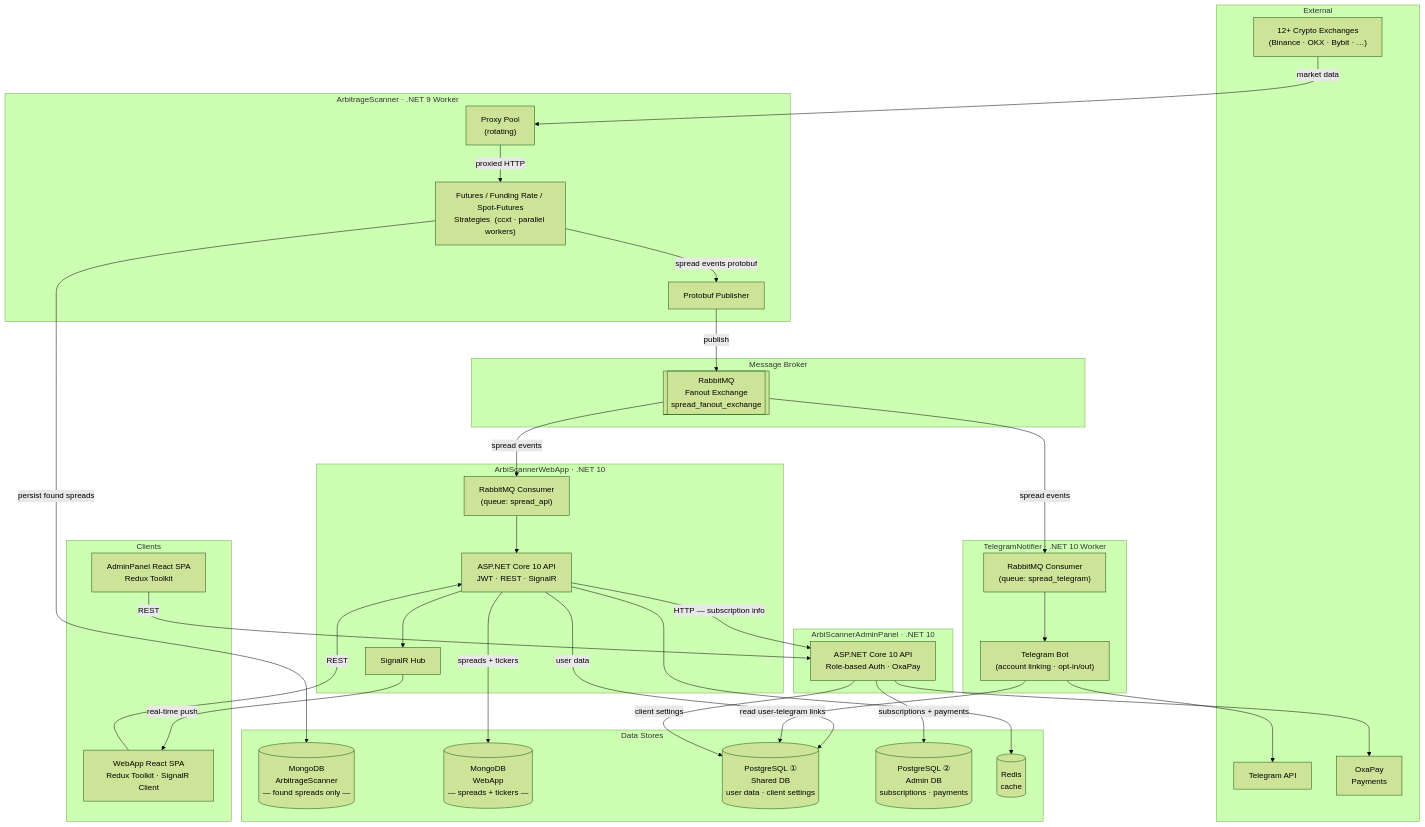
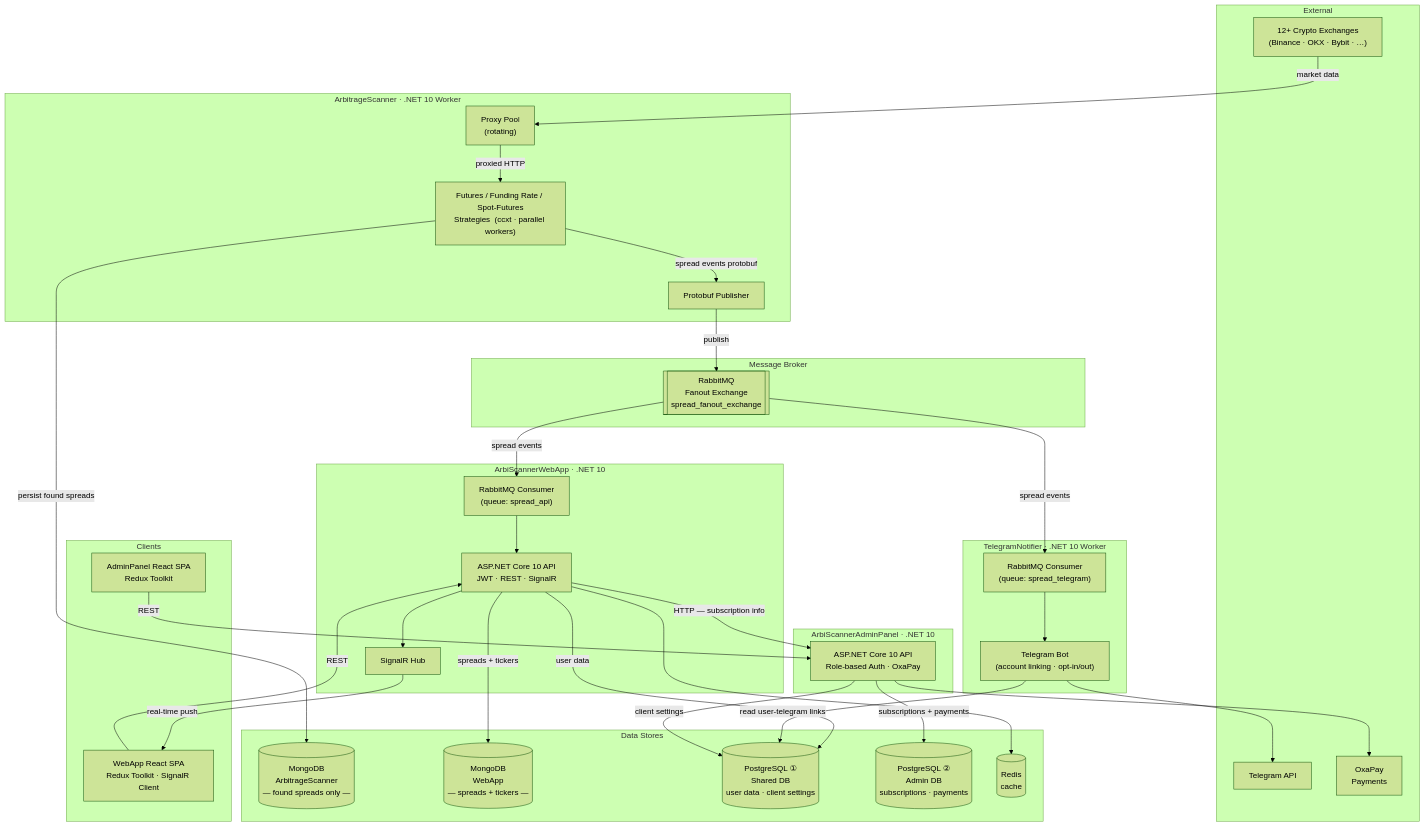
The diagram in README.md (dimasdom/SpreadScanner), drawn with Mermaid (forest theme) before and after one commit. The commit also changed other lines of this file and 1 other file, not shown here.

First line of the commit message:
Bump ArbitrageScanner submodule to .NET 10

````diff
--- a/README.md
+++ b/README.md
@@ -23,73 +23,73 @@
 ```mermaid
 graph TB
     subgraph ext ["External"]
         EXCHANGES["12+ Crypto Exchanges\n(Binance · OKX · Bybit · …)"]
         TELEGRAM_API["Telegram API"]
         OXAPAY["OxaPay\nPayments"]
     end
 
-    subgraph scanner ["ArbitrageScanner  ·  .NET 9 Worker"]
+    subgraph scanner ["ArbitrageScanner  ·  .NET 10 Worker"]
         PROXY["Proxy Pool\n(rotating)"]
         STRATS["Futures / Funding Rate / Spot-Futures\nStrategies  (ccxt · parallel workers)"]
         PUBLISHER["Protobuf Publisher"]
     end
 
     subgraph broker ["Message Broker"]
         FANOUT[["RabbitMQ\nFanout Exchange\nspread_fanout_exchange"]]
     end
 
     subgraph webapp ["ArbiScannerWebApp  ·  .NET 10"]
         WEB_CONSUMER["RabbitMQ Consumer\n(queue: spread_api)"]
         WEB_API["ASP.NET Core 10 API\nJWT · REST · SignalR"]
         WEB_HUB["SignalR Hub"]
     end
 
     subgraph adminpanel ["ArbiScannerAdminPanel  ·  .NET 10"]
         ADMIN_API["ASP.NET Core 10 API\nRole-based Auth · OxaPay"]
     end
 
     subgraph notifier ["TelegramNotifier  ·  .NET 10 Worker"]
         TG_CONSUMER["RabbitMQ Consumer\n(queue: spread_telegram)"]
         TG_BOT["Telegram Bot\n(account linking · opt-in/out)"]
     end
 
     subgraph stores ["Data Stores"]
         AS_MONGO[("MongoDB\nArbitrageScanner\n— found spreads only —")]
         WEB_MONGO[("MongoDB\nWebApp\n— spreads + tickers —")]
         PG_SHARED[("PostgreSQL  ①\nShared DB\nuser data · client settings")]
         PG_ADMIN[("PostgreSQL  ②\nAdmin DB\nsubscriptions · payments")]
         REDIS[("Redis\ncache")]
     end
 
     subgraph clients ["Clients"]
         WEB_CLIENT["WebApp React SPA\nRedux Toolkit · SignalR Client"]
         ADMIN_CLIENT["AdminPanel React SPA\nRedux Toolkit"]
     end
 
     EXCHANGES -->|market data| PROXY
     PROXY -->|proxied HTTP| STRATS
     STRATS -->|spread events protobuf| PUBLISHER
     STRATS -->|persist found spreads| AS_MONGO
     PUBLISHER -->|publish| FANOUT
 
     FANOUT -->|spread events| WEB_CONSUMER
     FANOUT -->|spread events| TG_CONSUMER
 
     WEB_CONSUMER --> WEB_API
     WEB_API --> WEB_HUB
     WEB_HUB -->|real-time push| WEB_CLIENT
     WEB_CLIENT -->|REST| WEB_API
     WEB_API -->|spreads + tickers| WEB_MONGO
     WEB_API -->|user data| PG_SHARED
     WEB_API --> REDIS
     WEB_API -->|HTTP — subscription info| ADMIN_API
 
     TG_CONSUMER --> TG_BOT
     TG_BOT -->|read user-telegram links| PG_SHARED
     TG_BOT --> TELEGRAM_API
 
     ADMIN_API -->|client settings| PG_SHARED
     ADMIN_API -->|subscriptions + payments| PG_ADMIN
     ADMIN_API --> OXAPAY
     ADMIN_CLIENT -->|REST| ADMIN_API
 ```
````
